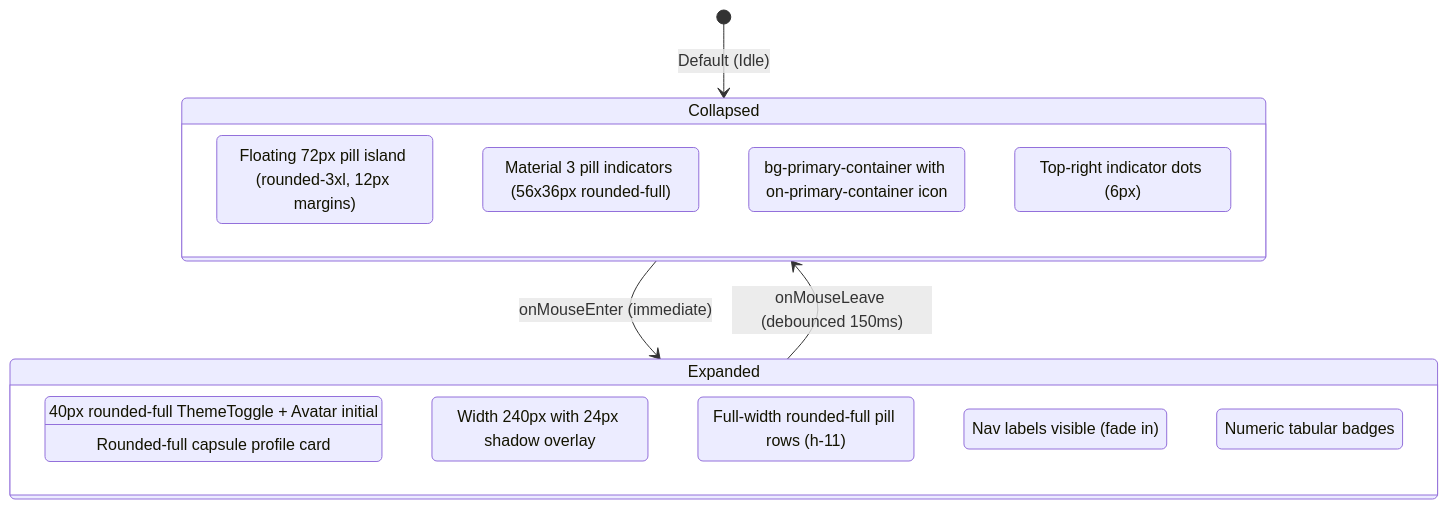
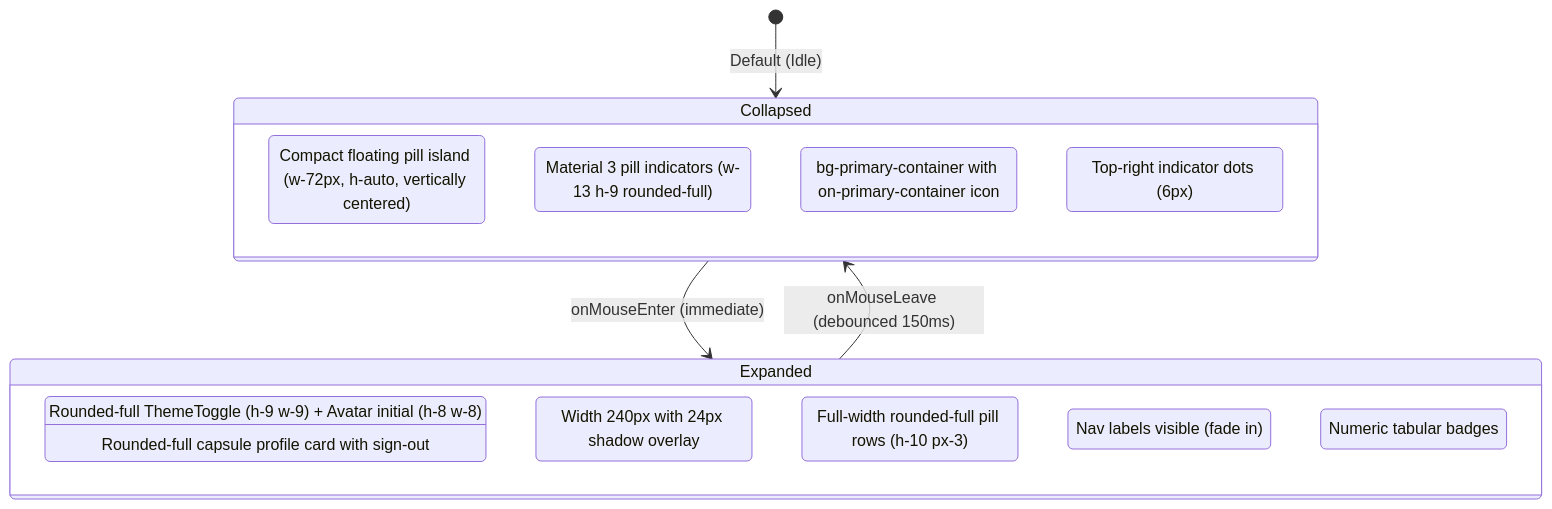
Before and after one commit to aiyu-ayaan/Domus: the second of 2 diagrams in development/docs/THEME_AND_NAVIGATION.md, drawn with Mermaid. The commit also changed other lines of this file and 1 other file, not shown here.

Commit message:
docs(Navigation) : Document compact vertically centered sidebar dock

````diff
--- a/development/docs/THEME_AND_NAVIGATION.md
+++ b/development/docs/THEME_AND_NAVIGATION.md
@@ -64,23 +64,23 @@
 ```mermaid
 stateDiagram-v2
     [*] --> Collapsed: Default (Idle)
     
     state Collapsed {
-        Rail: Floating 72px pill island (rounded-3xl, 12px margins)
-        Pills: Material 3 pill indicators (56x36px rounded-full)
+        Dock: Compact floating pill island (w-72px, h-auto, vertically centered)
+        Pills: Material 3 pill indicators (w-13 h-9 rounded-full)
         ActiveItem: bg-primary-container with on-primary-container icon
         Badges: Top-right indicator dots (6px)
-        Footer: 40px rounded-full ThemeToggle + Avatar initial
+        Footer: Rounded-full ThemeToggle (h-9 w-9) + Avatar initial (h-8 w-8)
     }
     
     state Expanded {
         Panel: Width 240px with 24px shadow overlay
-        Capsules: Full-width rounded-full pill rows (h-11)
+        Capsules: Full-width rounded-full pill rows (h-10 px-3)
         Labels: Nav labels visible (fade in)
         CountPills: Numeric tabular badges
-        Footer: Rounded-full capsule profile card
+        Footer: Rounded-full capsule profile card with sign-out
     }
     
     Collapsed --> Expanded: onMouseEnter (immediate)
     Expanded --> Collapsed: onMouseLeave (debounced 150ms)
 ```
````
